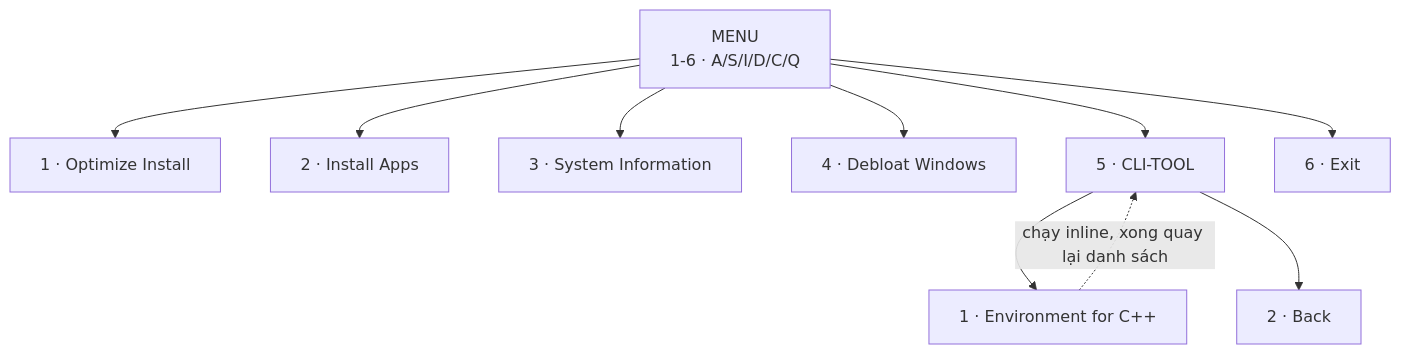
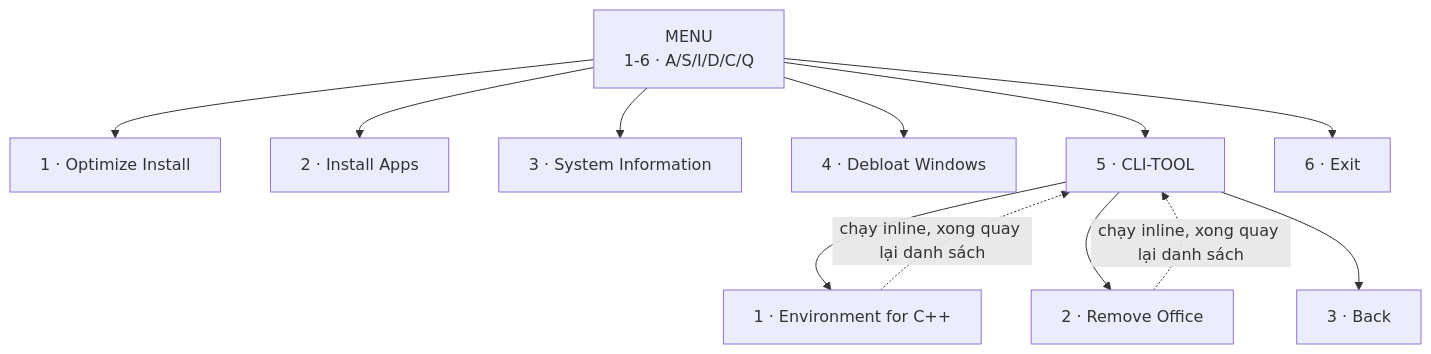
One commit to mson-ssh/miniapps changed the fourth of 8 diagrams in workflow.md. Above: the diagram before and after it, drawn with Mermaid. The commit also changed other lines of this file and 1 other file, not shown here.

First line of the commit message:
Put Remove Office in the CLI-TOOL window

````diff
--- a/workflow.md
+++ b/workflow.md
@@ -125,14 +125,16 @@
 ```mermaid
 flowchart TD
     MENU["MENU<br/>1-6 · A/S/I/D/C/Q"]
     MENU --> M1["1 · Optimize Install"]
     MENU --> M2["2 · Install Apps"]
     MENU --> M3["3 · System Information"]
     MENU --> M4["4 · Debloat Windows"]
     MENU --> M5["5 · CLI-TOOL"]
     MENU --> M6["6 · Exit"]
 
     M5 --> T1["1 · Environment for C++"]
-    M5 --> T2["2 · Back"]
+    M5 --> T2["2 · Remove Office"]
+    M5 --> T3["3 · Back"]
     T1 -.->|"chạy inline, xong quay lại danh sách"| M5
+    T2 -.->|"chạy inline, xong quay lại danh sách"| M5
 ```
````
